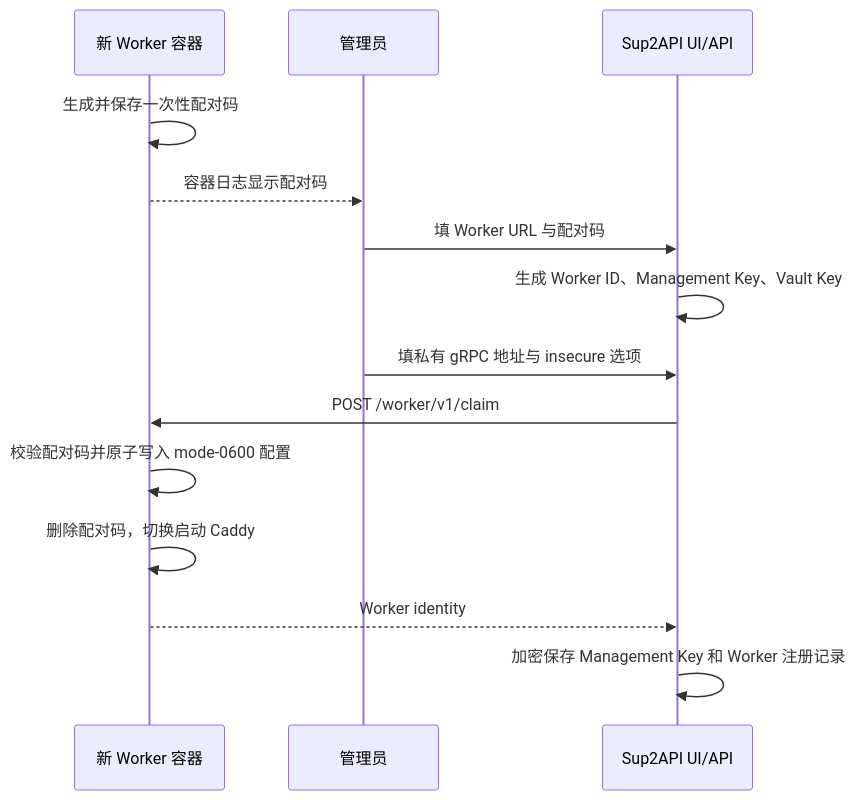
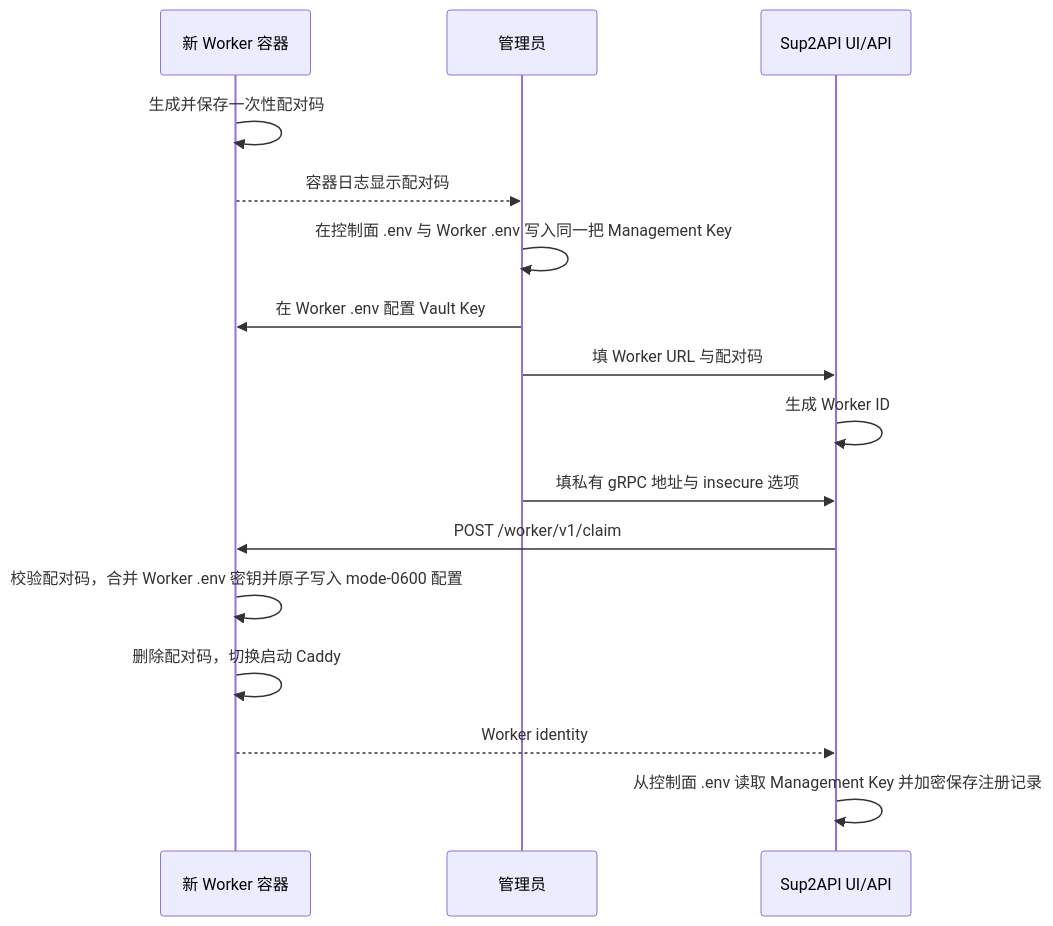
One commit to Sub2API-Devs/sup2api changed the second of 2 diagrams in docs/WORKER_MANAGEMENT_ARCHITECTURE.zh-CN.md. Above: the diagram before and after it, drawn with Mermaid. The commit also changed other lines of this file and 32 other files, not shown here.

````diff
--- a/docs/WORKER_MANAGEMENT_ARCHITECTURE.zh-CN.md
+++ b/docs/WORKER_MANAGEMENT_ARCHITECTURE.zh-CN.md
@@ -59,16 +59,18 @@
 ```mermaid
 sequenceDiagram
     participant W as 新 Worker 容器
     participant A as 管理员
     participant UI as Sup2API UI/API
     W->>W: 生成并保存一次性配对码
     W-->>A: 容器日志显示配对码
+    A->>A: 在控制面 .env 与 Worker .env 写入同一把 Management Key
+    A->>W: 在 Worker .env 配置 Vault Key
     A->>UI: 填 Worker URL 与配对码
-    UI->>UI: 生成 Worker ID、Management Key、Vault Key
+    UI->>UI: 生成 Worker ID
     A->>UI: 填私有 gRPC 地址与 insecure 选项
     UI->>W: POST /worker/v1/claim
-    W->>W: 校验配对码并原子写入 mode-0600 配置
+    W->>W: 校验配对码，合并 Worker .env 密钥并原子写入 mode-0600 配置
     W->>W: 删除配对码，切换启动 Caddy
     W-->>UI: Worker identity
-    UI->>UI: 加密保存 Management Key 和 Worker 注册记录
+    UI->>UI: 从控制面 .env 读取 Management Key 并加密保存注册记录
 ```
````
